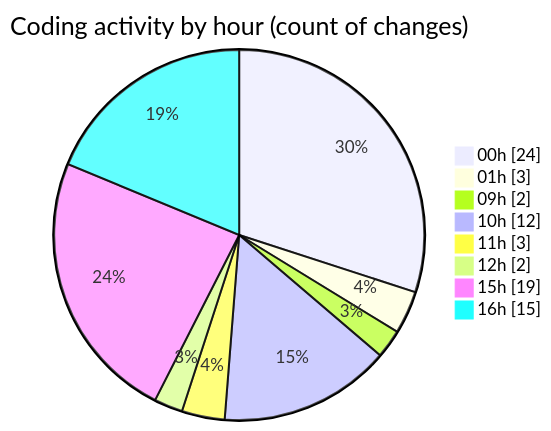
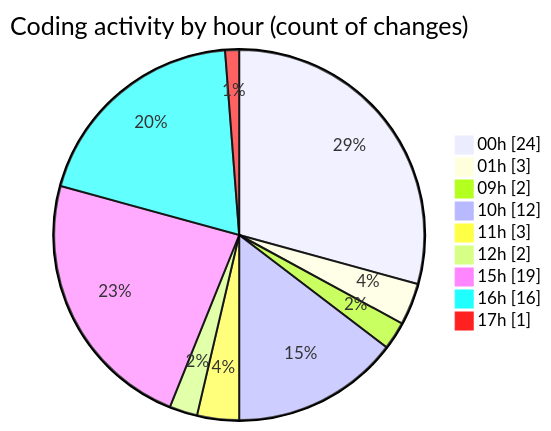
The second of 2 diagrams in 2025-11-24/eventscop-frontend-guide__workspace_/README.md (julien-gomy/code-tracking), drawn with Mermaid before and after one commit. The commit also changed other lines of this file and 1 other file, not shown here.

````diff
--- a/2025-11-24/eventscop-frontend-guide__workspace_/README.md
+++ b/2025-11-24/eventscop-frontend-guide__workspace_/README.md
@@ -49,12 +49,13 @@
 ```mermaid
 pie showData
 title Coding activity by hour (count of changes)
 "00h" : 24
 "01h" : 3
 "09h" : 2
 "10h" : 12
 "11h" : 3
 "12h" : 2
 "15h" : 19
-"16h" : 15
+"16h" : 16
+"17h" : 1
 ```
````
